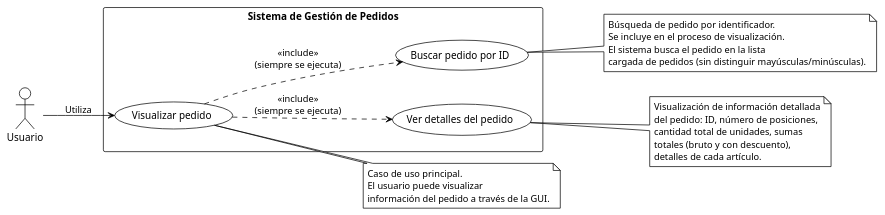
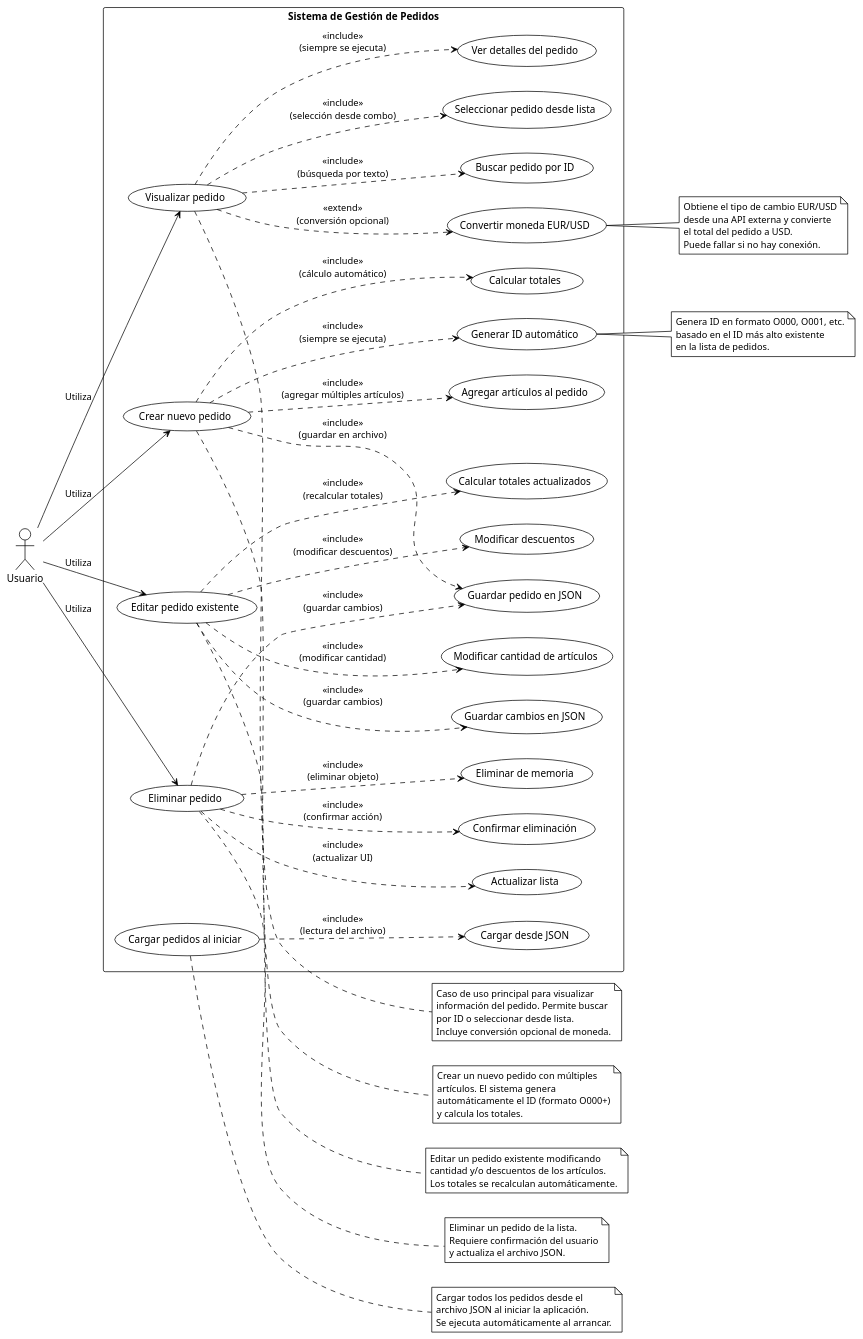
Before and after one commit to alexxxlim/Aleksei-Limin-M22-Intro-Ing-Software: the diagram in src/main/resources/plantuml/usecases.puml, drawn with PlantUML.

Commit message:
Renovación del diagrama de casos de uso
he agregado nuevos casos de uso de la app al diagrama de casos de uso UML

```diff
--- a/src/main/resources/plantuml/usecases.puml
+++ b/src/main/resources/plantuml/usecases.puml
@@ -1,45 +1,125 @@
 @startuml
 !theme plain
 
 ' Diagrama de casos de uso
 ' Use Case Diagram - Order Management System
 
 left to right direction
 
 actor Usuario as user
 
 rectangle "Sistema de Gestión de Pedidos" {
+    ' Casos de uso principales
     usecase (Visualizar pedido) as UC1
-    usecase (Buscar pedido por ID) as UC2
-    usecase (Ver detalles del pedido) as UC3
+    usecase (Crear nuevo pedido) as UC2
+    usecase (Editar pedido existente) as UC3
+    usecase (Eliminar pedido) as UC4
+    usecase (Cargar pedidos al iniciar) as UC5
+    
+    ' Casos de uso secundarios - Visualización
+    usecase (Buscar pedido por ID) as UC1_1
+    usecase (Seleccionar pedido desde lista) as UC1_2
+    usecase (Ver detalles del pedido) as UC1_3
+    usecase (Convertir moneda EUR/USD) as UC1_4
+    
+    ' Casos de uso secundarios - Crear pedido
+    usecase (Agregar artículos al pedido) as UC2_1
+    usecase (Generar ID automático) as UC2_2
+    usecase (Calcular totales) as UC2_3
+    usecase (Guardar pedido en JSON) as UC2_4
+    
+    ' Casos de uso secundarios - Editar pedido
+    usecase (Modificar cantidad de artículos) as UC3_1
+    usecase (Modificar descuentos) as UC3_2
+    usecase (Calcular totales actualizados) as UC3_3
+    usecase (Guardar cambios en JSON) as UC3_4
+    
+    ' Casos de uso secundarios - Eliminar pedido
+    usecase (Confirmar eliminación) as UC4_1
+    usecase (Eliminar de memoria) as UC4_2
+    usecase (Actualizar lista) as UC4_3
+    
+    ' Casos de uso secundarios - Cargar pedidos
+    usecase (Cargar desde JSON) as UC5_1
 }
 
-' Relaciones del actor con casos de uso
+' Relaciones del actor con casos de uso principales
 user --> UC1 : Utiliza
+user --> UC2 : Utiliza
+user --> UC3 : Utiliza
+user --> UC4 : Utiliza
 
-' Relaciones entre casos de uso
-UC1 ..> UC2 : <<include>>\n(siempre se ejecuta)
-UC1 ..> UC3 : <<include>>\n(siempre se ejecuta)
+' Relaciones entre casos de uso - Visualizar pedido
+UC1 ..> UC1_1 : <<include>>\n(búsqueda por texto)
+UC1 ..> UC1_2 : <<include>>\n(selección desde combo)
+UC1 ..> UC1_3 : <<include>>\n(siempre se ejecuta)
+UC1 ..> UC1_4 : <<extend>>\n(conversión opcional)
 
+' Relaciones entre casos de uso - Crear nuevo pedido
+UC2 ..> UC2_1 : <<include>>\n(agregar múltiples artículos)
+UC2 ..> UC2_2 : <<include>>\n(siempre se ejecuta)
+UC2 ..> UC2_3 : <<include>>\n(cálculo automático)
+UC2 ..> UC2_4 : <<include>>\n(guardar en archivo)
+
+' Relaciones entre casos de uso - Editar pedido
+UC3 ..> UC3_1 : <<include>>\n(modificar cantidad)
+UC3 ..> UC3_2 : <<include>>\n(modificar descuentos)
+UC3 ..> UC3_3 : <<include>>\n(recalcular totales)
+UC3 ..> UC3_4 : <<include>>\n(guardar cambios)
+
+' Relaciones entre casos de uso - Eliminar pedido
+UC4 ..> UC4_1 : <<include>>\n(confirmar acción)
+UC4 ..> UC4_2 : <<include>>\n(eliminar objeto)
+UC4 ..> UC4_3 : <<include>>\n(actualizar UI)
+UC4 ..> UC2_4 : <<include>>\n(guardar cambios)
+
+' Relaciones entre casos de uso - Cargar pedidos
+UC5 ..> UC5_1 : <<include>>\n(lectura del archivo)
+
+' Notas descriptivas
 note right of UC1
-  Caso de uso principal.
-  El usuario puede visualizar
-  información del pedido a través de la GUI.
+  Caso de uso principal para visualizar
+  información del pedido. Permite buscar
+  por ID o seleccionar desde lista.
+  Incluye conversión opcional de moneda.
 end note
 
 note right of UC2
-  Búsqueda de pedido por identificador.
-  Se incluye en el proceso de visualización.
-  El sistema busca el pedido en la lista
-  cargada de pedidos (sin distinguir mayúsculas/minúsculas).
+  Crear un nuevo pedido con múltiples
+  artículos. El sistema genera
+  automáticamente el ID (formato O000+)
+  y calcula los totales.
 end note
 
 note right of UC3
-  Visualización de información detallada
-  del pedido: ID, número de posiciones,
-  cantidad total de unidades, sumas
-  totales (bruto y con descuento),
-  detalles de cada artículo.
+  Editar un pedido existente modificando
+  cantidad y/o descuentos de los artículos.
+  Los totales se recalculan automáticamente.
+end note
+
+note right of UC4
+  Eliminar un pedido de la lista.
+  Requiere confirmación del usuario
+  y actualiza el archivo JSON.
+end note
+
+note right of UC5
+  Cargar todos los pedidos desde el
+  archivo JSON al iniciar la aplicación.
+  Se ejecuta automáticamente al arrancar.
+end note
+
+note right of UC1_4
+  Obtiene el tipo de cambio EUR/USD
+  desde una API externa y convierte
+  el total del pedido a USD.
+  Puede fallar si no hay conexión.
+end note
+
+note right of UC2_2
+  Genera ID en formato O000, O001, etc.
+  basado en el ID más alto existente
+  en la lista de pedidos.
 end note
 
 @enduml
```
